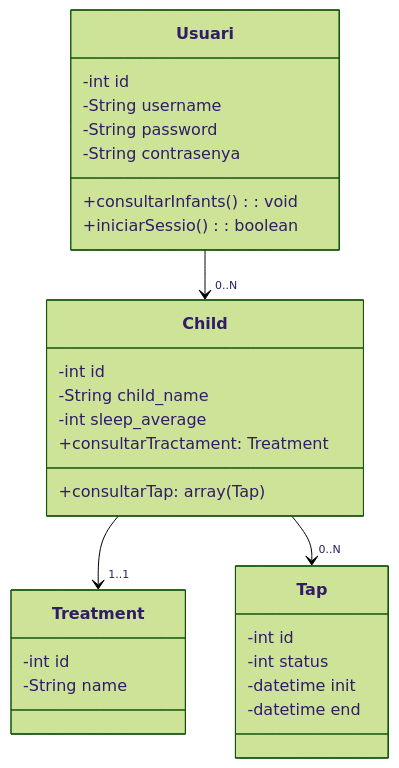
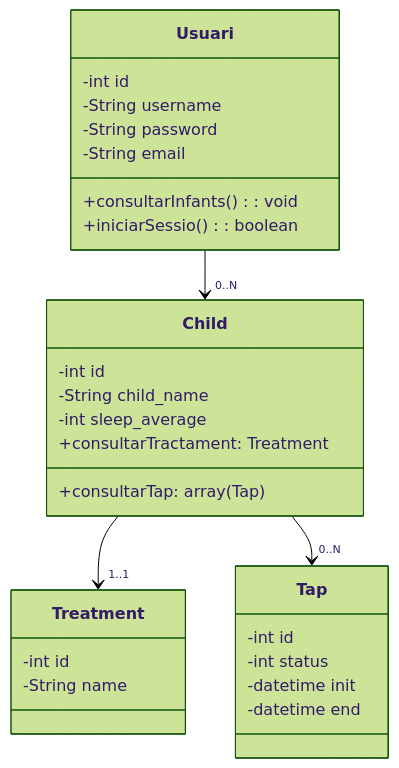
Before and after one commit to lauragrr1/tapatapp: the diagram in chartd/classDiagram.mermaid, drawn with Mermaid (forest theme).

```diff
--- a/chartd/classDiagram.mermaid
+++ b/chartd/classDiagram.mermaid
@@ -1,34 +1,34 @@
 classDiagram
 Usuari "" --> "0..N" Child
 Child "" --> "1..1" Treatment
 Child "" --> "0..N" Tap
 
 class Usuari {
     -int id
     -String username
     -String password
-    -String contrasenya
+    -String email
     +consultarInfants(): void
     +iniciarSessio(): boolean
 }
 
 class Child{
     -int id
     -String child_name
     -int sleep_average
         
     +consultarTractament: Treatment
     +consultarTap: array(Tap)
 }
 
 class Treatment{
     -int id
     -String name
 }
 
 class Tap{
     -int id
     -int status
     -datetime init 
     -datetime end 
 }
```
